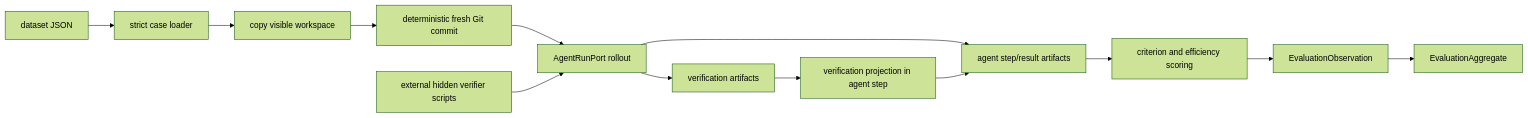
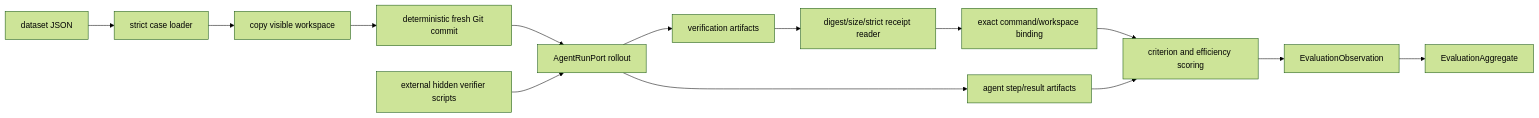
The seventh of 9 diagrams in docs/architecture-and-data-pipeline.md (jihkang/Sisyphus-Harness), drawn with Mermaid (forest theme) before and after one commit. The commit also changed other lines of this file and 78 other files, not shown here.

````diff
--- a/docs/architecture-and-data-pipeline.md
+++ b/docs/architecture-and-data-pipeline.md
@@ -518,15 +561,16 @@
 ```mermaid
 flowchart LR
     Dataset["dataset JSON"] --> Cases["strict case loader"]
     Cases --> Copy["copy visible workspace"]
     Copy --> Git["deterministic fresh Git commit"]
     Git --> Agent["AgentRunPort rollout"]
     Hidden["external hidden verifier scripts"] --> Agent
     Agent --> VerifyArtifacts["verification artifacts"]
     Agent --> Trace["agent step/result artifacts"]
-    VerifyArtifacts --> Projection["verification projection in agent step"]
-    Projection --> Trace
-    Trace --> Score["criterion and efficiency scoring"]
+    VerifyArtifacts --> Reader["digest/size/strict receipt reader"]
+    Reader --> Binding["exact command/workspace binding"]
+    Binding --> Score["criterion and efficiency scoring"]
+    Trace --> Score
     Score --> Obs["EvaluationObservation"]
     Obs --> Aggregate["EvaluationAggregate"]
 ```
````
